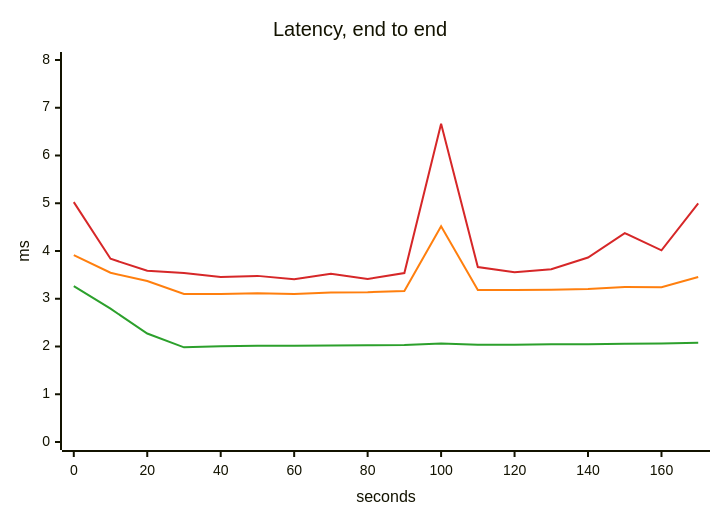
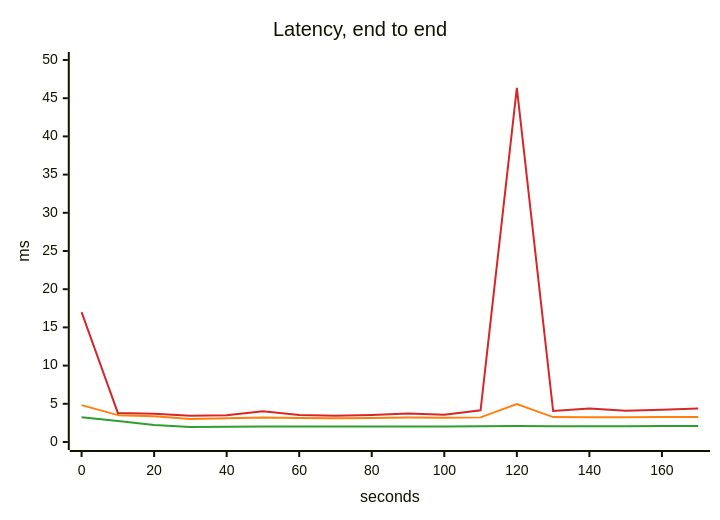
The third of 5 diagrams in scenarios/statement-day/solutions/provisioned-iops/report.md (akinfemi/load-lore), drawn with Mermaid before and after one commit. The commit also changed other lines of this file and 125 other files, not shown here.

````diff
--- a/scenarios/statement-day/solutions/provisioned-iops/report.md
+++ b/scenarios/statement-day/solutions/provisioned-iops/report.md
@@ -56,16 +56,16 @@
 ```mermaid
 ---
 config:
   themeVariables:
     xyChart:
       backgroundColor: "transparent"
       plotColorPalette: "#2ca02c, #ff7f0e, #d62728"
 ---
 xychart-beta
     title "Latency, end to end"
     x-axis "seconds" 0 --> 170
-    y-axis "ms" 0 --> 8
-    line [3.263, 2.792, 2.272, 1.983, 2.007, 2.015, 2.015, 2.02, 2.028, 2.032, 2.063, 2.038, 2.037, 2.046, 2.048, 2.056, 2.064, 2.081]
-    line [3.914, 3.544, 3.371, 3.101, 3.098, 3.113, 3.101, 3.131, 3.136, 3.161, 4.516, 3.185, 3.181, 3.19, 3.205, 3.244, 3.243, 3.454]
-    line [5.023, 3.838, 3.586, 3.541, 3.458, 3.479, 3.408, 3.525, 3.414, 3.538, 6.664, 3.665, 3.554, 3.619, 3.864, 4.375, 4.015, 4.998]
+    y-axis "ms" 0 --> 50
+    line [3.25, 2.761, 2.232, 1.976, 2.004, 2.025, 2.017, 2.023, 2.033, 2.037, 2.04, 2.048, 2.079, 2.066, 2.063, 2.067, 2.078, 2.079]
+    line [4.83, 3.518, 3.37, 3.01, 3.106, 3.199, 3.126, 3.112, 3.153, 3.194, 3.187, 3.223, 4.951, 3.262, 3.243, 3.241, 3.264, 3.275]
+    line [17.002, 3.807, 3.69, 3.448, 3.496, 4.01, 3.53, 3.421, 3.531, 3.727, 3.58, 4.154, 46.359, 4.055, 4.371, 4.104, 4.221, 4.37]
 ```
````
